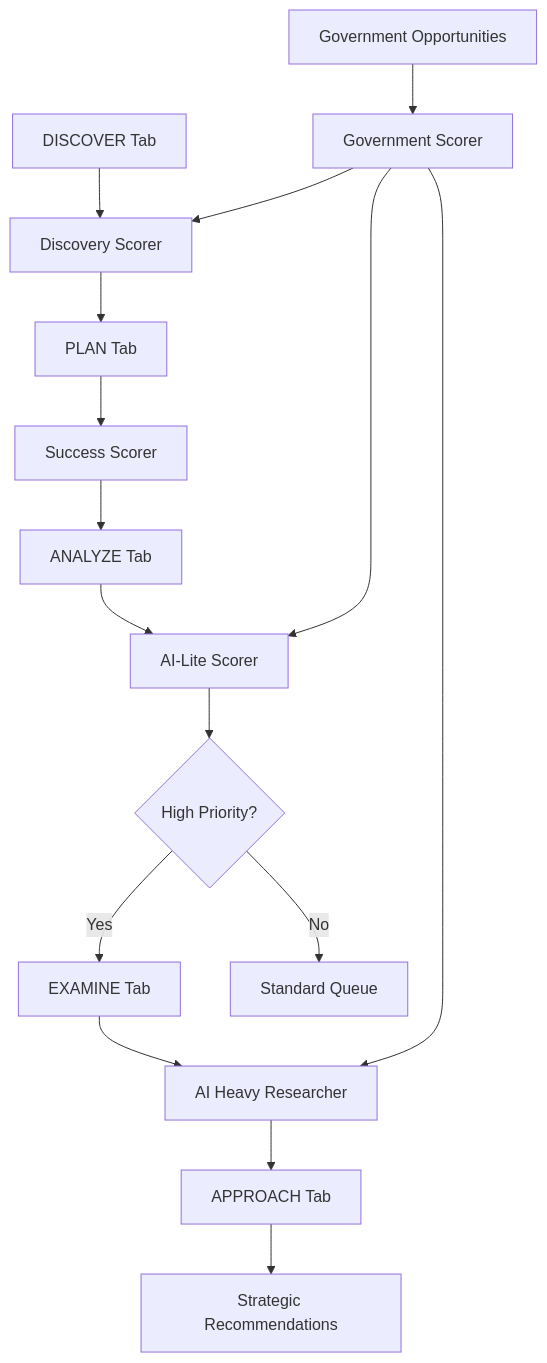
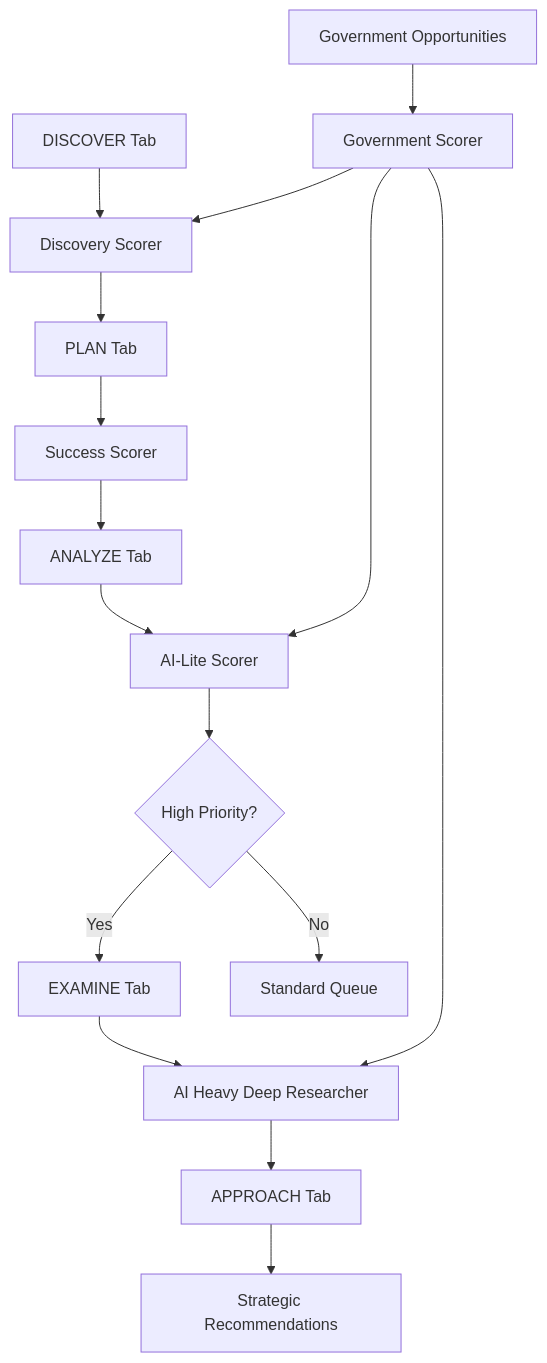
Before and after one commit to seaotterie/Grant_Automation: the diagram in SCORING_ALGORITHMS.md, drawn with Mermaid. The commit also changed other lines of this file and 4 other files, not shown here.

````diff
--- a/SCORING_ALGORITHMS.md
+++ b/SCORING_ALGORITHMS.md
@@ -1854,19 +1898,19 @@
 ```mermaid
 graph TD
     A[DISCOVER Tab] --> B[Discovery Scorer]
     B --> C[PLAN Tab]
     C --> D[Success Scorer]
     D --> E[ANALYZE Tab]
     E --> F[AI-Lite Scorer]
     F --> G{High Priority?}
     G -->|Yes| H[EXAMINE Tab]
     G -->|No| I[Standard Queue]
-    H --> J[AI Heavy Researcher]
+    H --> J[AI Heavy Deep Researcher]
     J --> K[APPROACH Tab]
     K --> L[Strategic Recommendations]
     
     M[Government Opportunities] --> N[Government Scorer]
     N --> B
     N --> F
     N --> J
 ```
````
